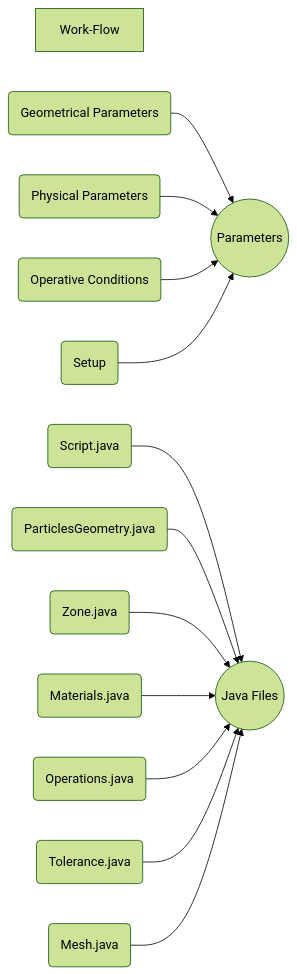
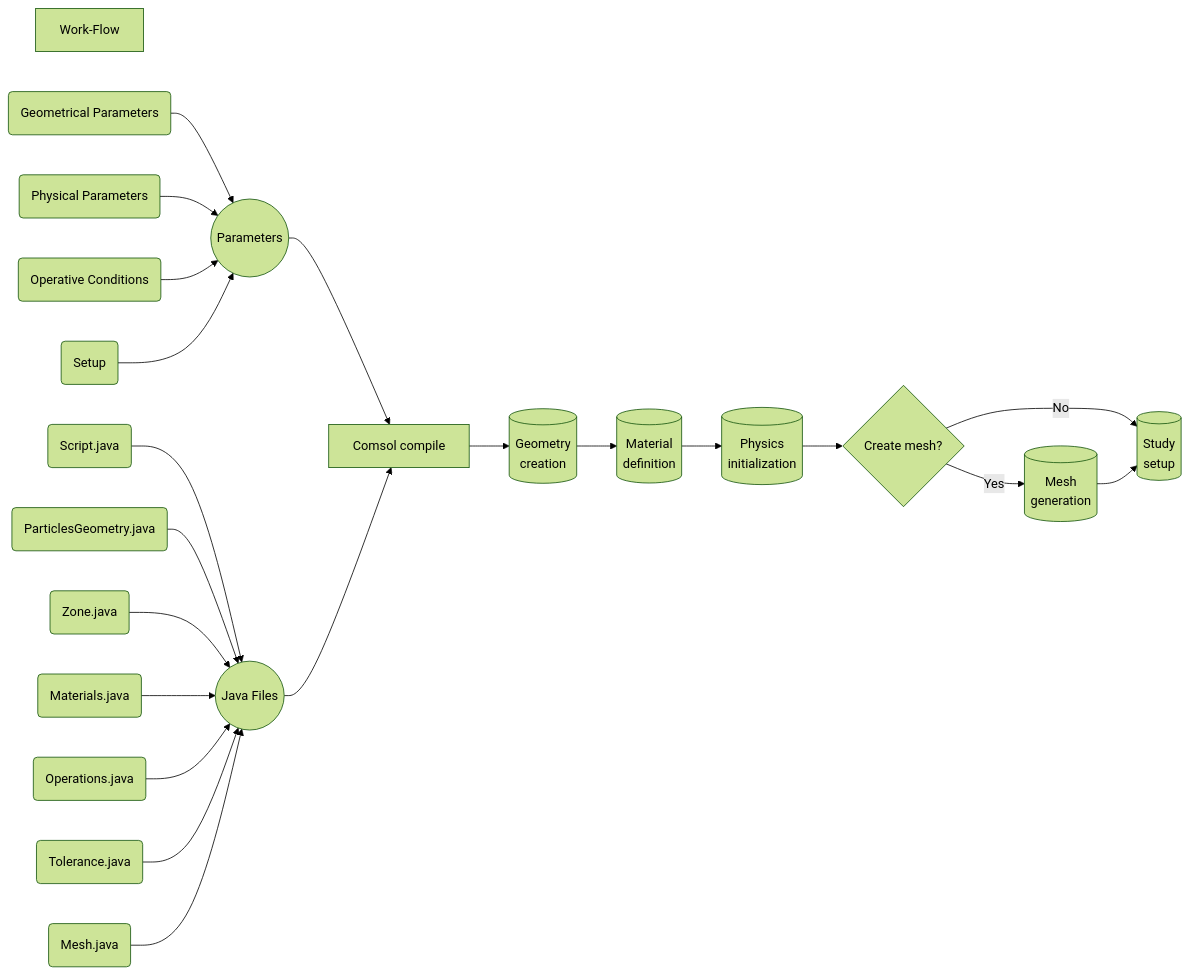
The diagram in README.md (mulmopro/battery_porescale), drawn with Mermaid (forest theme) before and after one commit.

````diff
--- a/README.md
+++ b/README.md
@@ -7,15 +7,24 @@
 ```mermaid
 graph LR
 TOP[Work-Flow]
   IN1(Geometrical Parameters)-->O1((Parameters))
   IN2(Physical Parameters)-->O1
   IN3(Operative Conditions)-->O1
   IN4(Setup)-->O1
   IN5(Script.java)-->O2((Java Files))
   IN6(ParticlesGeometry.java)-->O2
   IN7(Zone.java)-->O2
   IN8(Materials.java)-->O2
   IN9(Operations.java)-->O2
   IN10(Tolerance.java)-->O2
   IN11(Mesh.java)-->O2
+  O1-->BLK1[Comsol compile]
+  O2-->BLK1
+  BLK1-->PK1[(Geometry <br> creation)]
+  PK1-->PK2[(Material <br> definition)]
+  PK2-->PK3[(Physics <br> initialization)]
+  PK3-->PK4{Create mesh?}
+  PK4-->|Yes|PK5[(Mesh <br> generation)]
+  PK4-->|No|PK6[(Study <br> setup)]
+  PK5-->PK6
 ```
````
